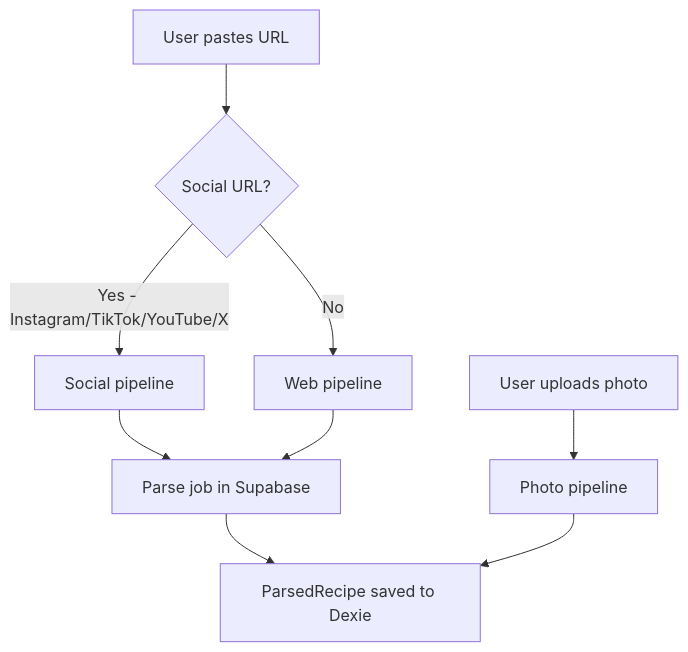
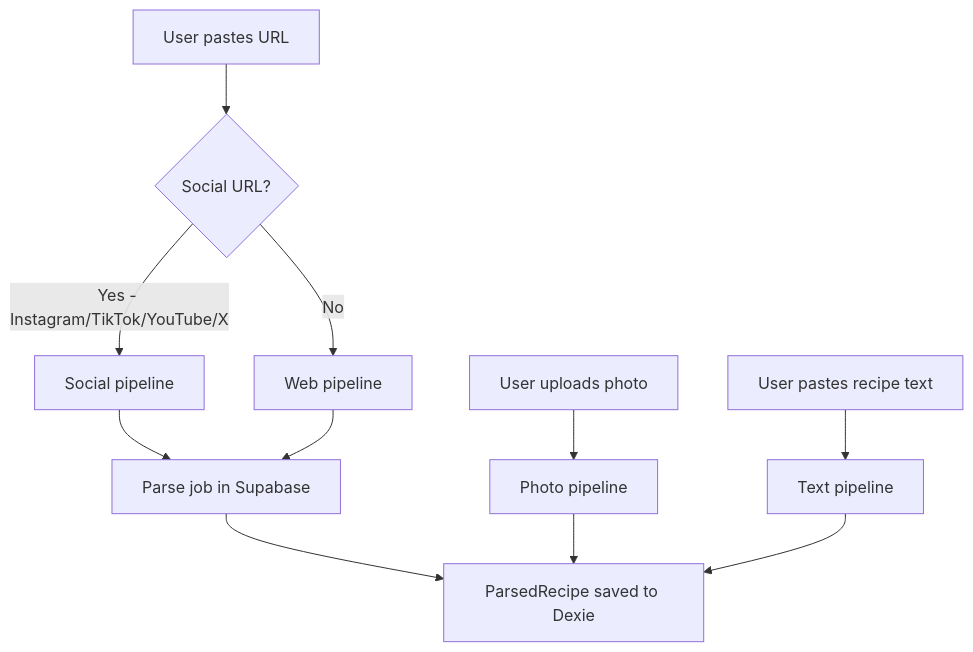
The first of 7 diagrams in docs/explanation/parse-pipeline.md (Sailarn/RecipAI), drawn with Mermaid before and after one commit. The commit also changed other lines of this file and 20 other files, not shown here.

First line of the commit message:
feat(parse): import a recipe from pasted text

````diff
--- a/docs/explanation/parse-pipeline.md
+++ b/docs/explanation/parse-pipeline.md
@@ -11,12 +11,14 @@
 ```mermaid
 graph TD
     A[User pastes URL] --> B{Social URL?}
     B -->|Yes - Instagram/TikTok/YouTube/X| C[Social pipeline]
     B -->|No| D[Web pipeline]
     E[User uploads photo] --> F[Photo pipeline]
+    T[User pastes recipe text] --> TP[Text pipeline]
 
     C --> G[Parse job in Supabase]
     D --> G
     G --> H[ParsedRecipe saved to Dexie]
     F --> H
+    TP --> H
 ```
````
